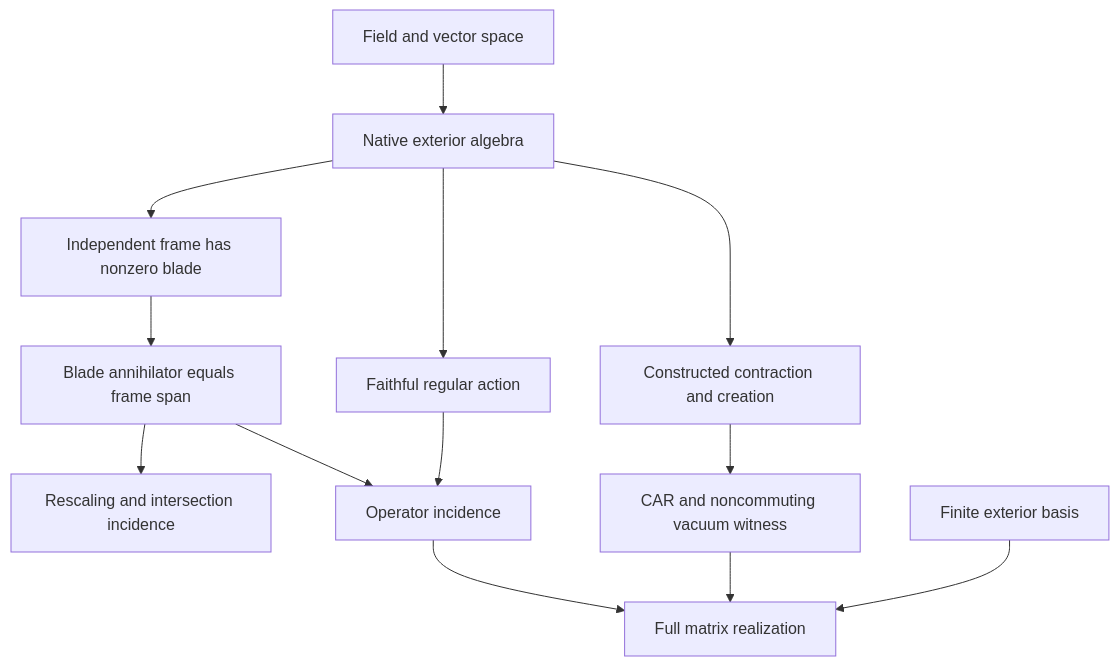
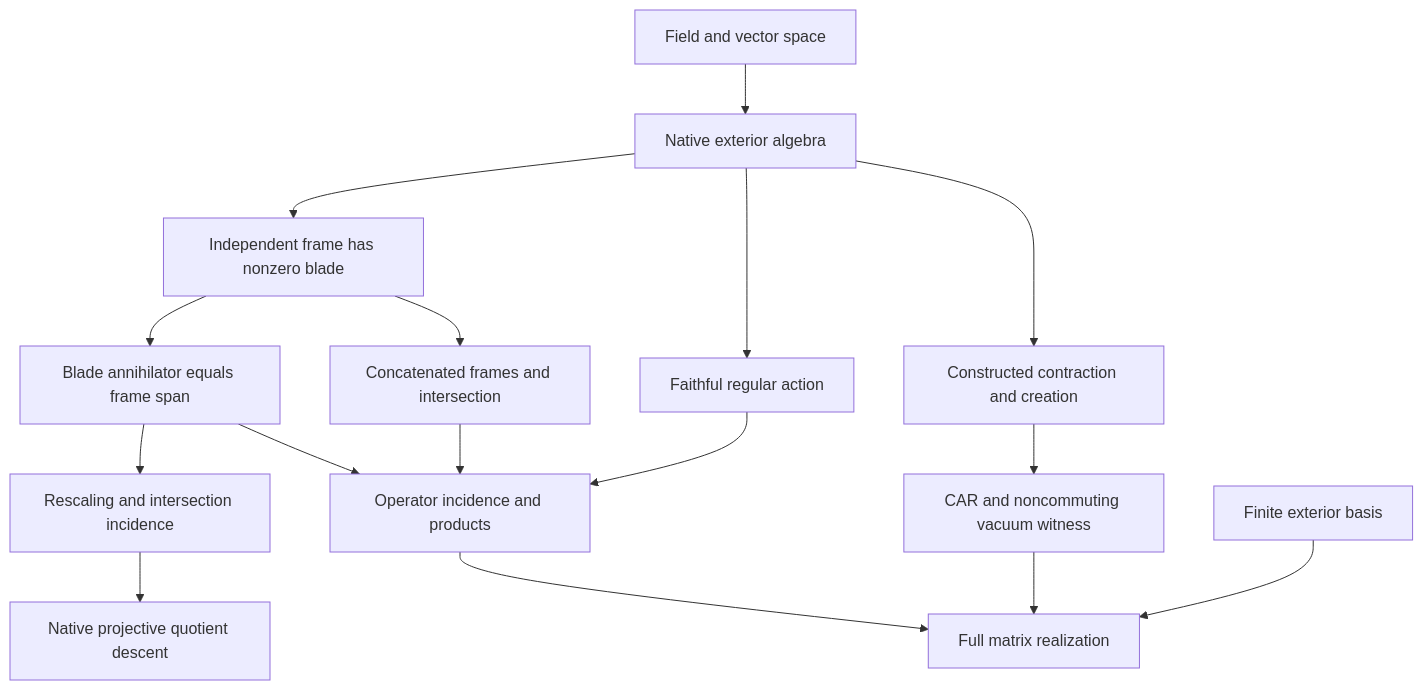
One commit to nickgou-nuke/info-geometry-lean changed the first of 2 diagrams in docs/GRASSMANN_CAYLEY_OPERATOR_GEOMETRY.md. Above: the diagram before and after it, drawn with Mermaid. The commit also changed other lines of this file and 3 other files, not shown here.

Commit message:
Resolve native operator types and exterior basis normalization

````diff
--- a/docs/GRASSMANN_CAYLEY_OPERATOR_GEOMETRY.md
+++ b/docs/GRASSMANN_CAYLEY_OPERATOR_GEOMETRY.md
@@ -77,15 +85,18 @@
 ```mermaid
 flowchart TD
   A["Field and vector space"] --> B["Native exterior algebra"]
   B --> C["Independent frame has nonzero blade"]
   C --> D["Blade annihilator equals frame span"]
   D --> E["Rescaling and intersection incidence"]
+  E --> Q["Native projective quotient descent"]
+  C --> T["Concatenated frames and intersection"]
+  T --> G
   B --> F["Faithful regular action"]
-  D --> G["Operator incidence"]
+  D --> G["Operator incidence and products"]
   F --> G
   B --> H["Constructed contraction and creation"]
   H --> I["CAR and noncommuting vacuum witness"]
   G --> J["Full matrix realization"]
   I --> J
   K["Finite exterior basis"] --> J
 ```
````
